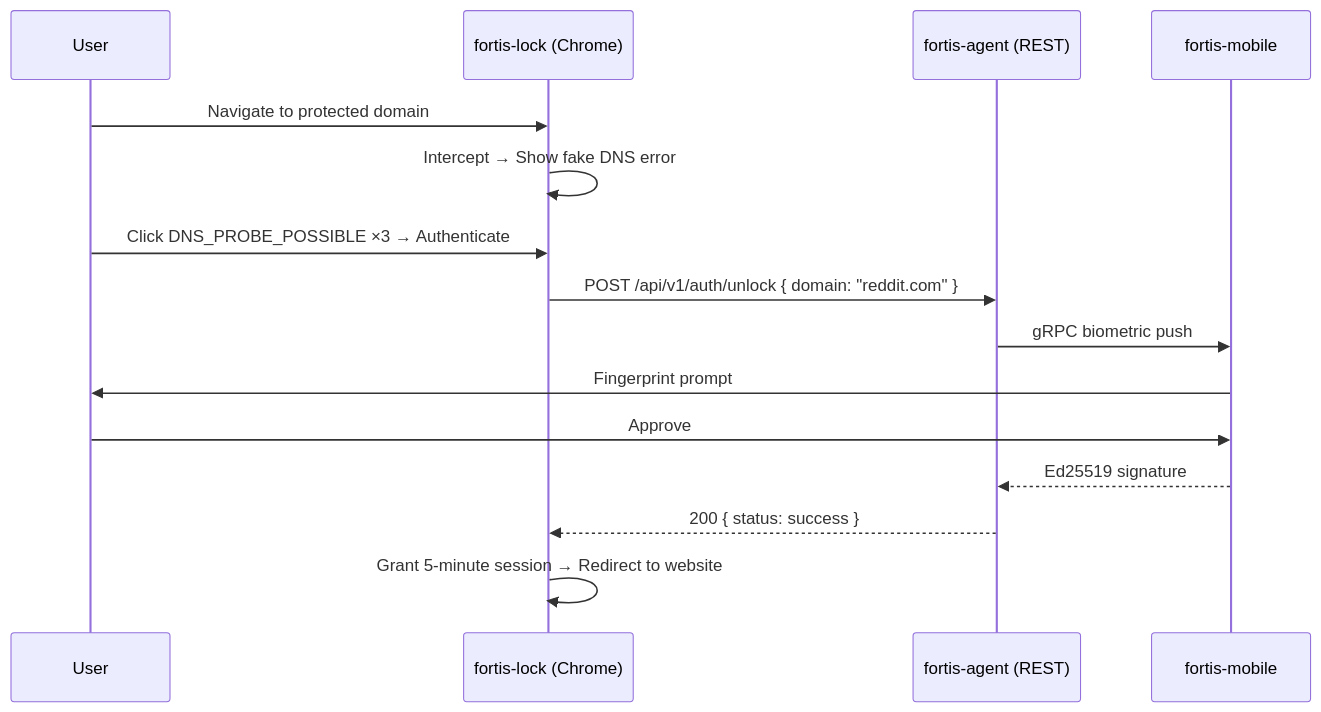
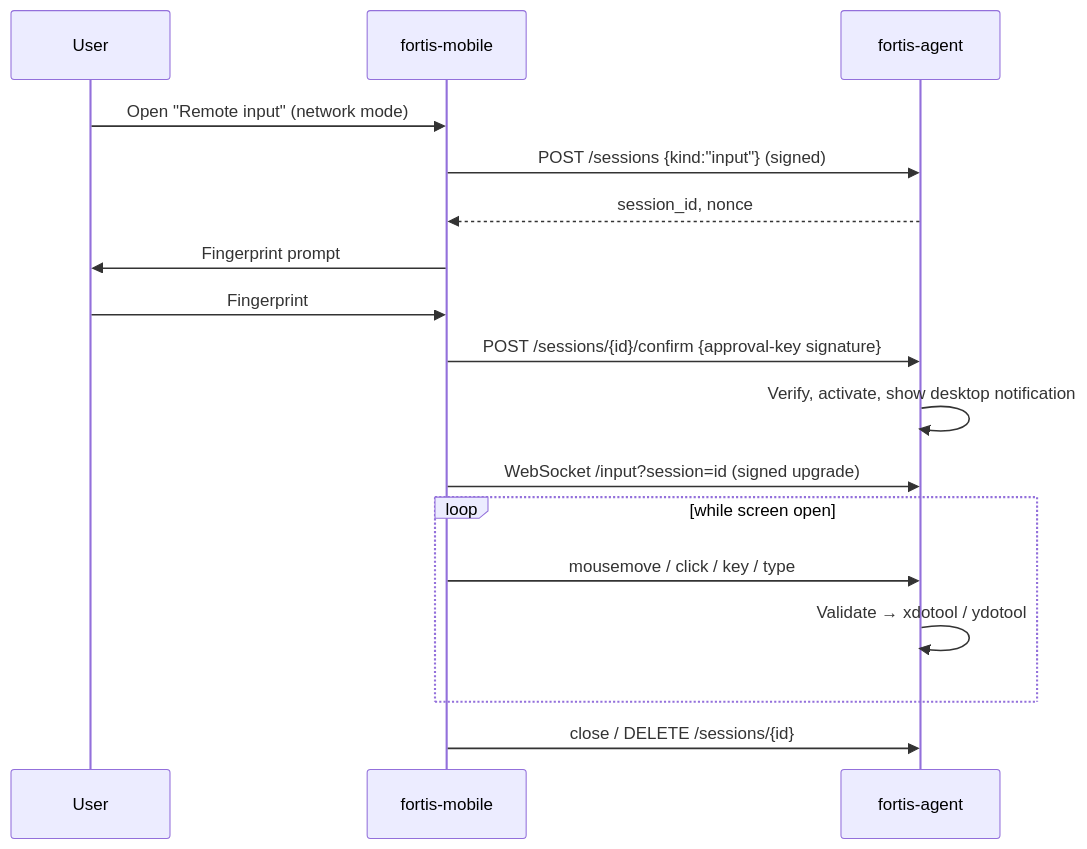
Before and after one commit to Fortis-OS/fortis-ecosystem: the sixth of 6 diagrams in docs/architecture/README.md, drawn with Mermaid. The commit also changed other lines of this file and 9 other files, not shown here.

````diff
--- a/docs/architecture/README.md
+++ b/docs/architecture/README.md
@@ -137,18 +352,20 @@
 ```mermaid
 sequenceDiagram
-    participant User
-    participant Lock as fortis-lock (Chrome)
-    participant Agent as fortis-agent (REST)
-    participant Mobile as fortis-mobile
+    participant U as User
+    participant M as fortis-mobile
+    participant A as fortis-agent
 
-    User->>Lock: Navigate to protected domain
-    Lock->>Lock: Intercept → Show fake DNS error
-    User->>Lock: Click DNS_PROBE_POSSIBLE ×3 → Authenticate
-    Lock->>Agent: POST /api/v1/auth/unlock { domain: "reddit.com" }
-    Agent->>Mobile: gRPC biometric push
-    Mobile->>User: Fingerprint prompt
-    User->>Mobile: Approve
-    Mobile-->>Agent: Ed25519 signature
-    Agent-->>Lock: 200 { status: success }
-    Lock->>Lock: Grant 5-minute session → Redirect to website
+    U->>M: Open "Remote input" (network mode)
+    M->>A: POST /sessions {kind:"input"} (signed)
+    A-->>M: session_id, nonce
+    M->>U: Fingerprint prompt
+    U->>M: Fingerprint
+    M->>A: POST /sessions/{id}/confirm {approval-key signature}
+    A->>A: Verify, activate, show desktop notification
+    M->>A: WebSocket /input?session=id (signed upgrade)
+    loop while screen open
+        M->>A: mousemove / click / key / type
+        A->>A: Validate → xdotool / ydotool
+    end
+    M->>A: close / DELETE /sessions/{id}
 ```
````
